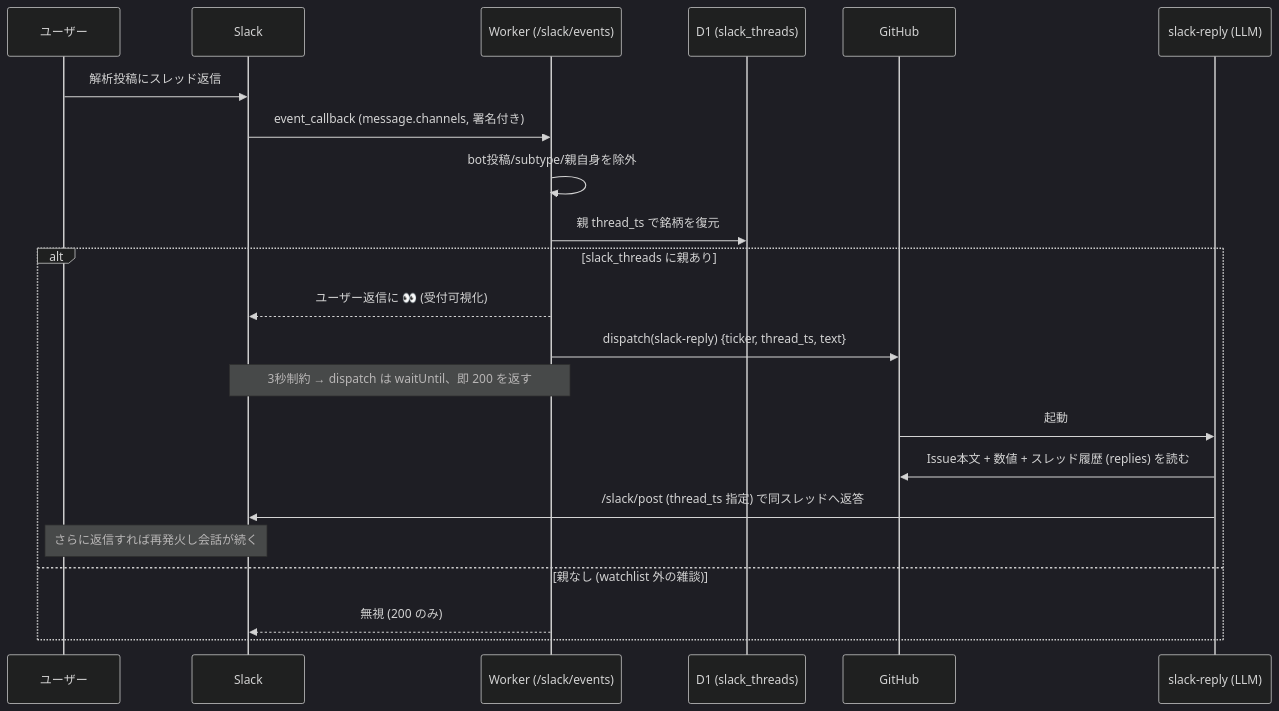
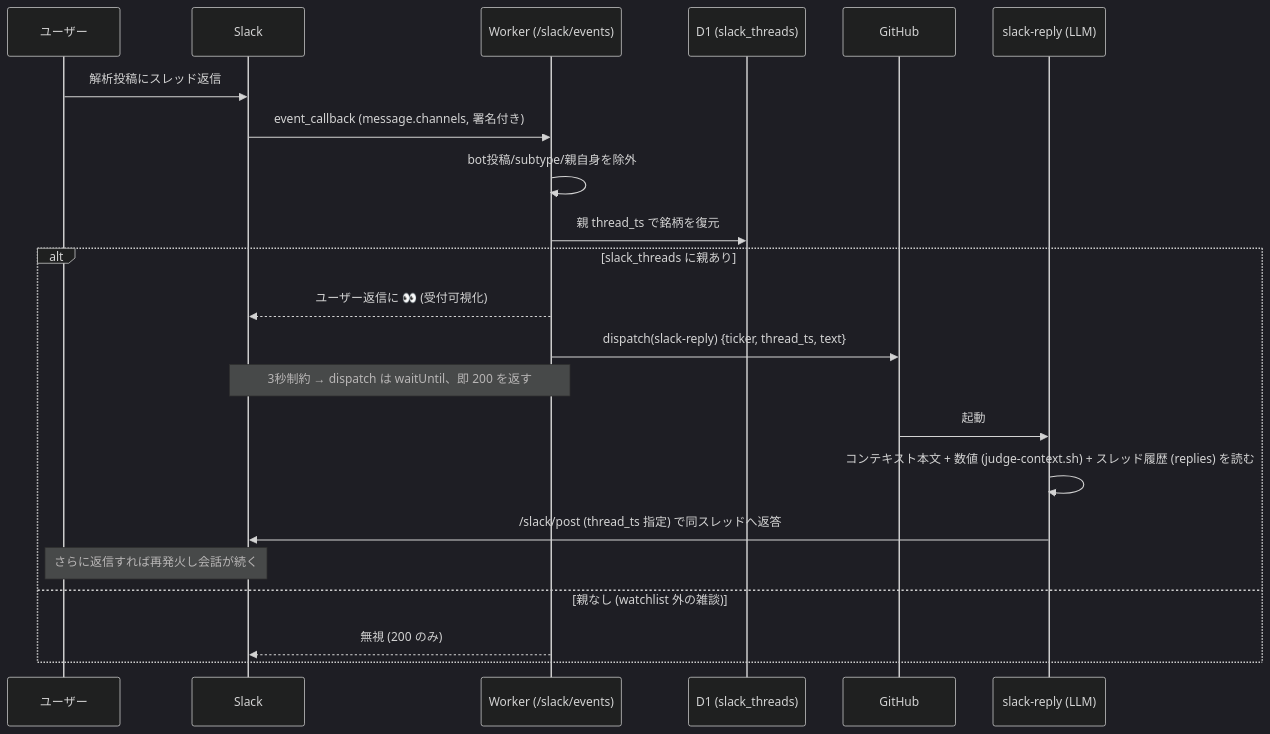
One commit to omni-stove/stock-signals changed the third of 4 diagrams in README.md. Above: the diagram before and after it, drawn with Mermaid (dark theme). The commit also changed other lines of this file and 25 other files, not shown here.

````diff
--- a/README.md
+++ b/README.md
@@ -163,25 +163,25 @@
 ```mermaid
 sequenceDiagram
     participant U as ユーザー
     participant SL as Slack
     participant W as Worker (/slack/events)
     participant D1 as D1 (slack_threads)
     participant GH as GitHub
     participant SR as slack-reply (LLM)
 
     U->>SL: 解析投稿にスレッド返信
     SL->>W: event_callback (message.channels, 署名付き)
     W->>W: bot投稿/subtype/親自身を除外
     W->>D1: 親 thread_ts で銘柄を復元
     alt slack_threads に親あり
         W-->>SL: ユーザー返信に 👀 (受付可視化)
         W->>GH: dispatch(slack-reply) {ticker, thread_ts, text}
         Note over W,SL: 3秒制約 → dispatch は waitUntil、即 200 を返す
         GH->>SR: 起動
-        SR->>GH: Issue本文 + 数値 + スレッド履歴 (replies) を読む
+        SR->>SR: コンテキスト本文 + 数値 (judge-context.sh) + スレッド履歴 (replies) を読む
         SR->>SL: /slack/post (thread_ts 指定) で同スレッドへ返答
         Note over U,SL: さらに返信すれば再発火し会話が続く
     else 親なし (watchlist 外の雑談)
         W-->>SL: 無視 (200 のみ)
     end
 ```
````
